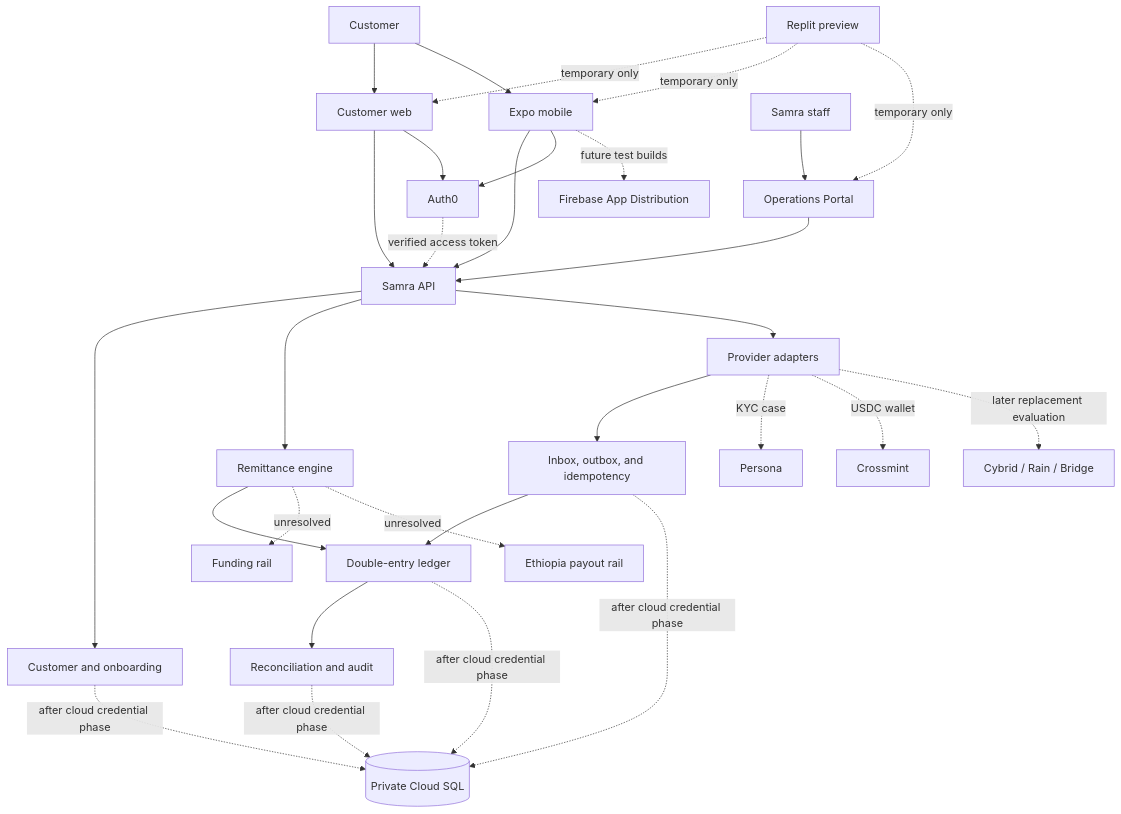
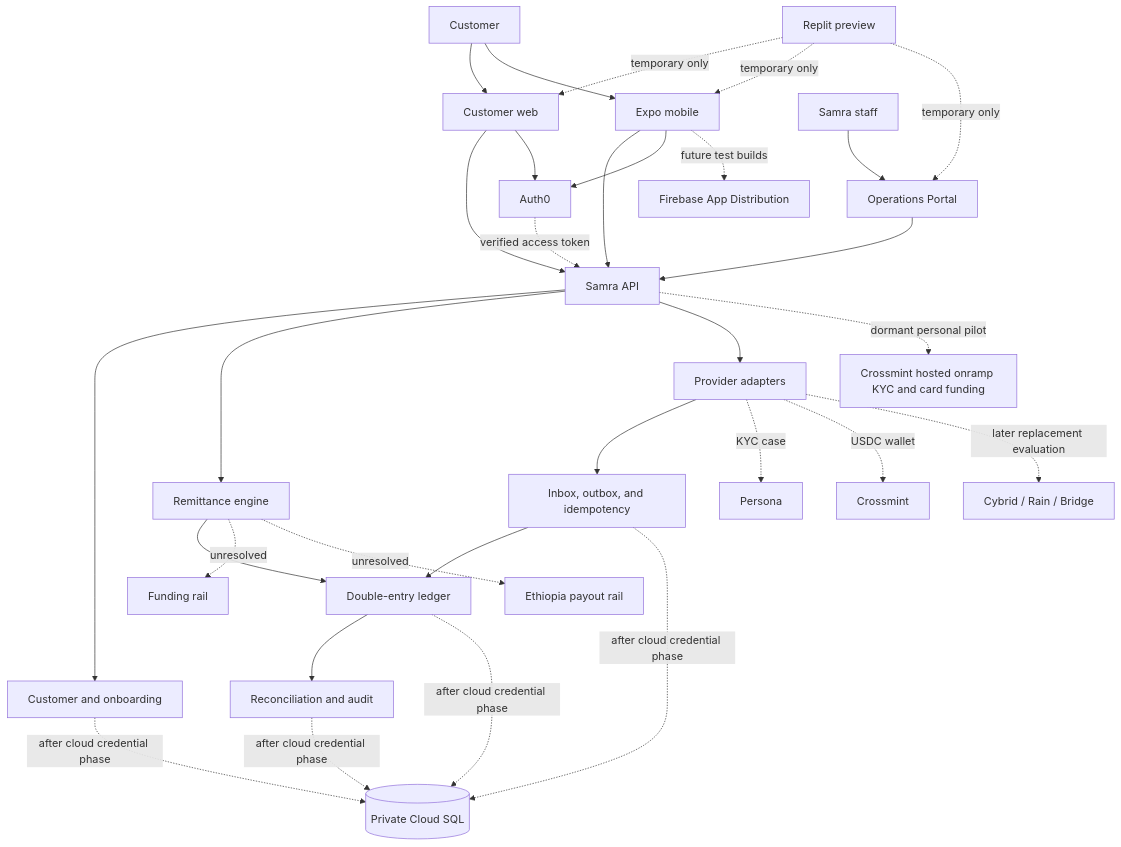
Before and after one commit to samra-pay/Samra-Pay: the diagram in docs/architecture/alpha-platform.md, drawn with Mermaid. The commit also changed other lines of this file and 15 other files, not shown here.

Commit message:
feat: reserve one bounded personal Crossmint funding attempt

````diff
--- a/docs/architecture/alpha-platform.md
+++ b/docs/architecture/alpha-platform.md
@@ -29,37 +35,38 @@
 ```mermaid
 flowchart TB
   customer[Customer] --> web[Customer web]
   customer --> mobile[Expo mobile]
   staff[Samra staff] --> ops[Operations Portal]
 
   web --> api[Samra API]
   mobile --> api
   ops --> api
 
   api --> profile[Customer and onboarding]
   api --> transfer[Remittance engine]
   api --> adapters[Provider adapters]
   transfer --> ledger[Double-entry ledger]
   adapters --> events[Inbox, outbox, and idempotency]
   events --> ledger
   ledger --> recon[Reconciliation and audit]
 
   profile -. after cloud credential phase .-> postgres[(Private Cloud SQL)]
   ledger -. after cloud credential phase .-> postgres
   events -. after cloud credential phase .-> postgres
   recon -. after cloud credential phase .-> postgres
 
   web --> auth0[Auth0]
   mobile --> auth0
   auth0 -. verified access token .-> api
   adapters -. KYC case .-> persona[Persona]
   adapters -. USDC wallet .-> crossmint[Crossmint]
   adapters -. later replacement evaluation .-> alternatives[Cybrid / Rain / Bridge]
+  api -. dormant personal pilot .-> personal[Crossmint hosted onramp KYC and card funding]
   transfer -. unresolved .-> funding[Funding rail]
   transfer -. unresolved .-> payout[Ethiopia payout rail]
 
   mobile -. future test builds .-> firebase[Firebase App Distribution]
   replit[Replit preview] -. temporary only .-> web
   replit -. temporary only .-> mobile
   replit -. temporary only .-> ops
 ```
````
